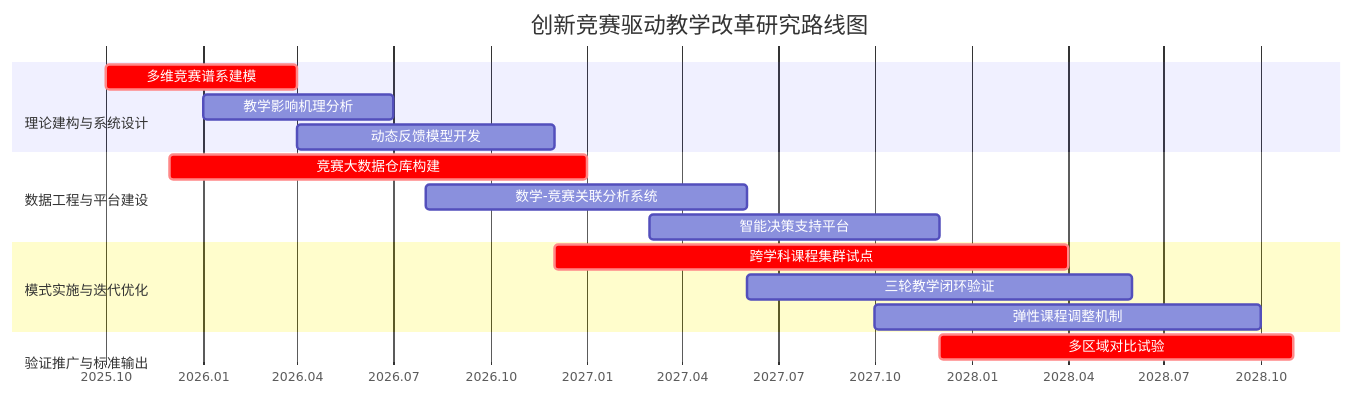
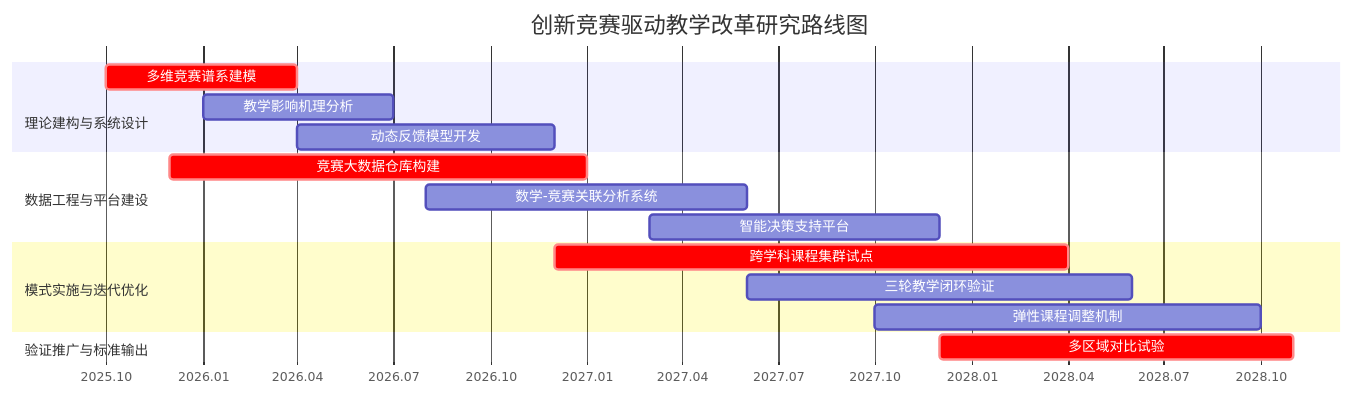
The diagram in all/代码甘特图.md (MC2001323/iodraw-files), drawn with Mermaid before and after one commit.

Commit message:
2025-04-08 21:31:08 update

````diff
--- a/all/代码甘特图.md
+++ b/all/代码甘特图.md
@@ -1,34 +1,34 @@
 ```mermaid
 %%{
   init: {
     "gantt": {
       "todayMarker": {
         "date": "2027-01-01"
       }
     }
   }
 }%%
 gantt
     title 创新竞赛驱动教学改革研究路线图
     dateFormat  YYYY-MM
     axisFormat  %Y.%m
 
     section <br>理论建构与系统设计
     多维竞赛谱系建模        :crit, a1, 2025-10, 2026-04
     教学影响机理分析        :a2, 2026-01, 2026-07
     动态反馈模型开发        :a3, 2026-04, 2026-12
 
     section 数据工程与平台建设
     竞赛大数据仓库构建      :crit, b1, 2025-12, 2027-01
     数学-竞赛关联分析系统   :b2, 2026-08, 2027-06
     智能决策支持平台        :b3, 2027-03, 2027-12
 
     section 模式实施与迭代优化
     跨学科课程集群试点     :crit, c1, 2026-12, 2028-04
     三轮教学闭环验证       :c2, 2027-06, 2028-06
     弹性课程调整机制       :c3, 2027-10, 2028-10
     
-    section <br>验证推广与标准输出
+    section 验证推广与标准输出
     多区域对比试验         :crit, d1, 2027-12, 2028-11
 
 ```
````
